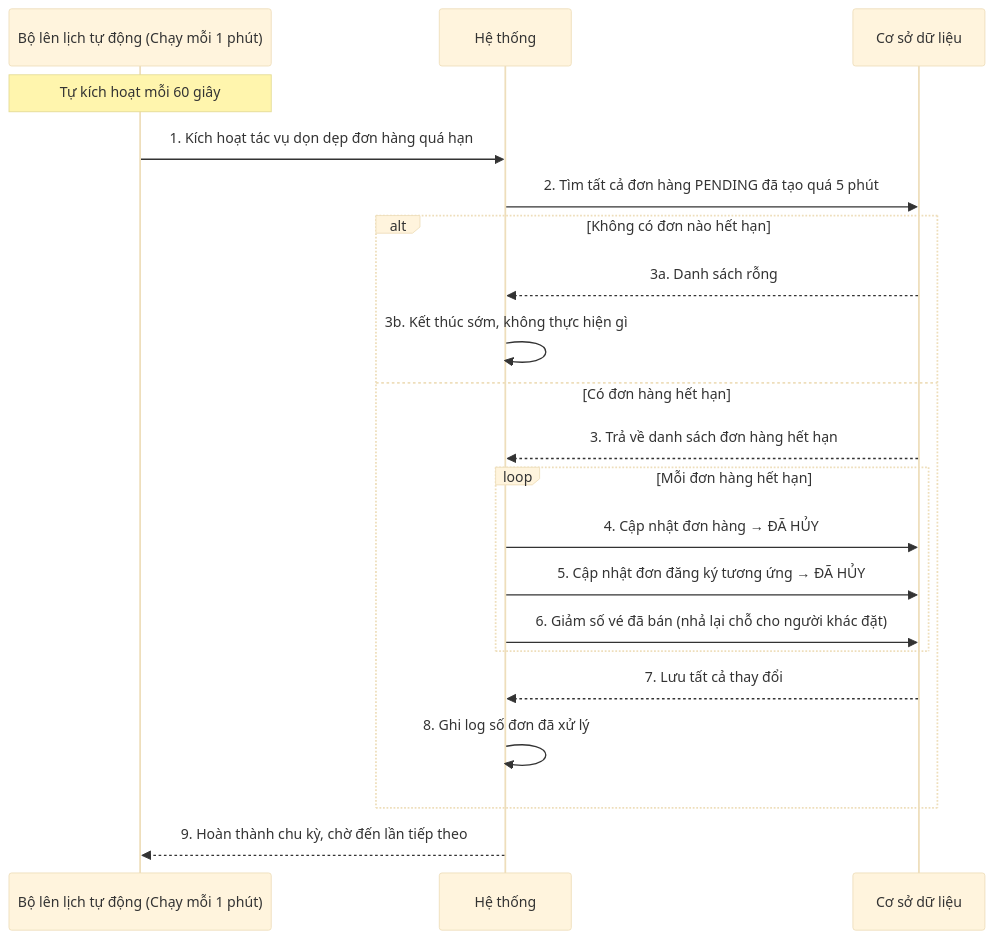
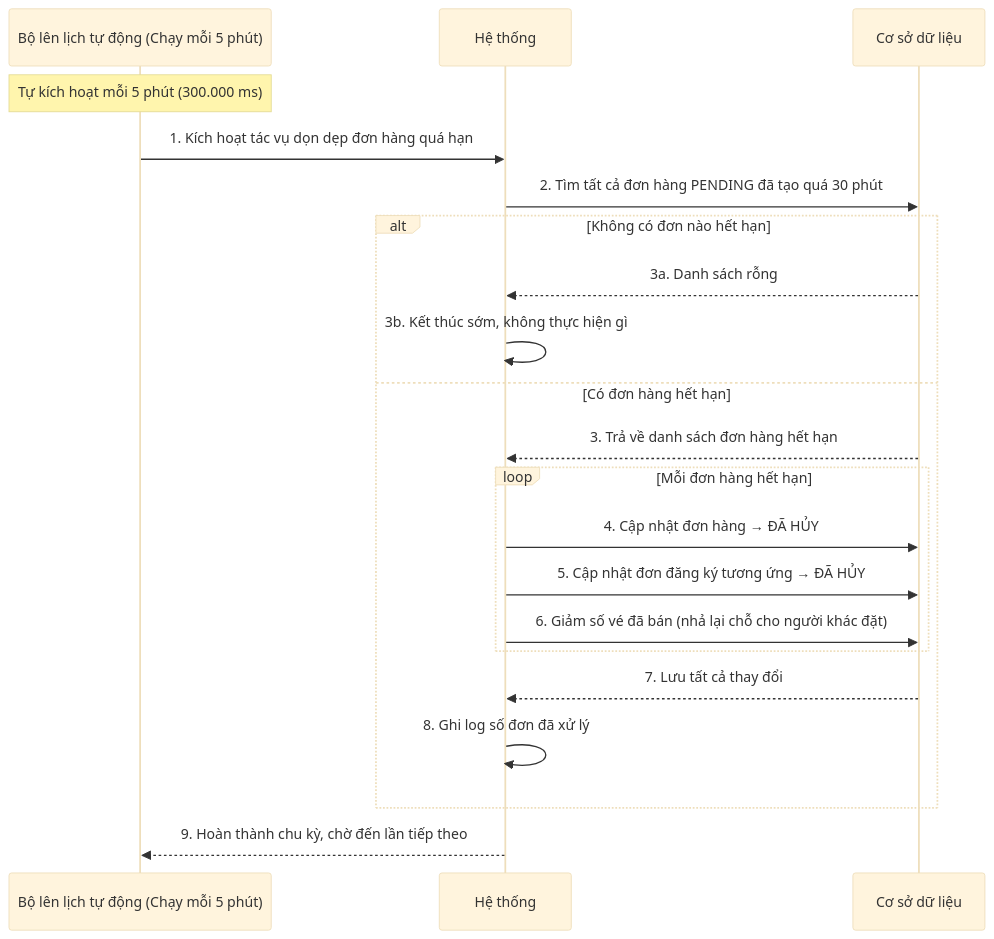
One commit to ChuDucAnh21/BE-quan-ly-su-kien changed diagram 12 of 12 in doc/system_analysis/sequence diagram/05d_sequence_payment_checkin.md. Above: the diagram before and after it, drawn with Mermaid (base theme). The commit also changed other lines of this file and 22 other files, not shown here.

````diff
--- a/doc/system_analysis/sequence diagram/05d_sequence_payment_checkin.md
+++ b/doc/system_analysis/sequence diagram/05d_sequence_payment_checkin.md
@@ -377,24 +377,24 @@
 ```mermaid
 sequenceDiagram
-    participant SCH as Bộ lên lịch tự động (Chạy mỗi 1 phút)
+    participant SCH as Bộ lên lịch tự động (Chạy mỗi 5 phút)
     participant HT as Hệ thống
     participant DB as Cơ sở dữ liệu
 
-    note over SCH: Tự kích hoạt mỗi 60 giây
+    note over SCH: Tự kích hoạt mỗi 5 phút (300.000 ms)
     SCH->>HT: 1. Kích hoạt tác vụ dọn dẹp đơn hàng quá hạn
-    HT->>DB: 2. Tìm tất cả đơn hàng PENDING đã tạo quá 5 phút
+    HT->>DB: 2. Tìm tất cả đơn hàng PENDING đã tạo quá 30 phút
     alt Không có đơn nào hết hạn
         DB-->>HT: 3a. Danh sách rỗng
         HT->>HT: 3b. Kết thúc sớm, không thực hiện gì
     else Có đơn hàng hết hạn
         DB-->>HT: 3. Trả về danh sách đơn hàng hết hạn
         loop Mỗi đơn hàng hết hạn
             HT->>DB: 4. Cập nhật đơn hàng → ĐÃ HỦY
             HT->>DB: 5. Cập nhật đơn đăng ký tương ứng → ĐÃ HỦY
             HT->>DB: 6. Giảm số vé đã bán (nhả lại chỗ cho người khác đặt)
         end
         DB-->>HT: 7. Lưu tất cả thay đổi
         HT->>HT: 8. Ghi log số đơn đã xử lý
     end
     HT-->>SCH: 9. Hoàn thành chu kỳ, chờ đến lần tiếp theo
 ```
````
